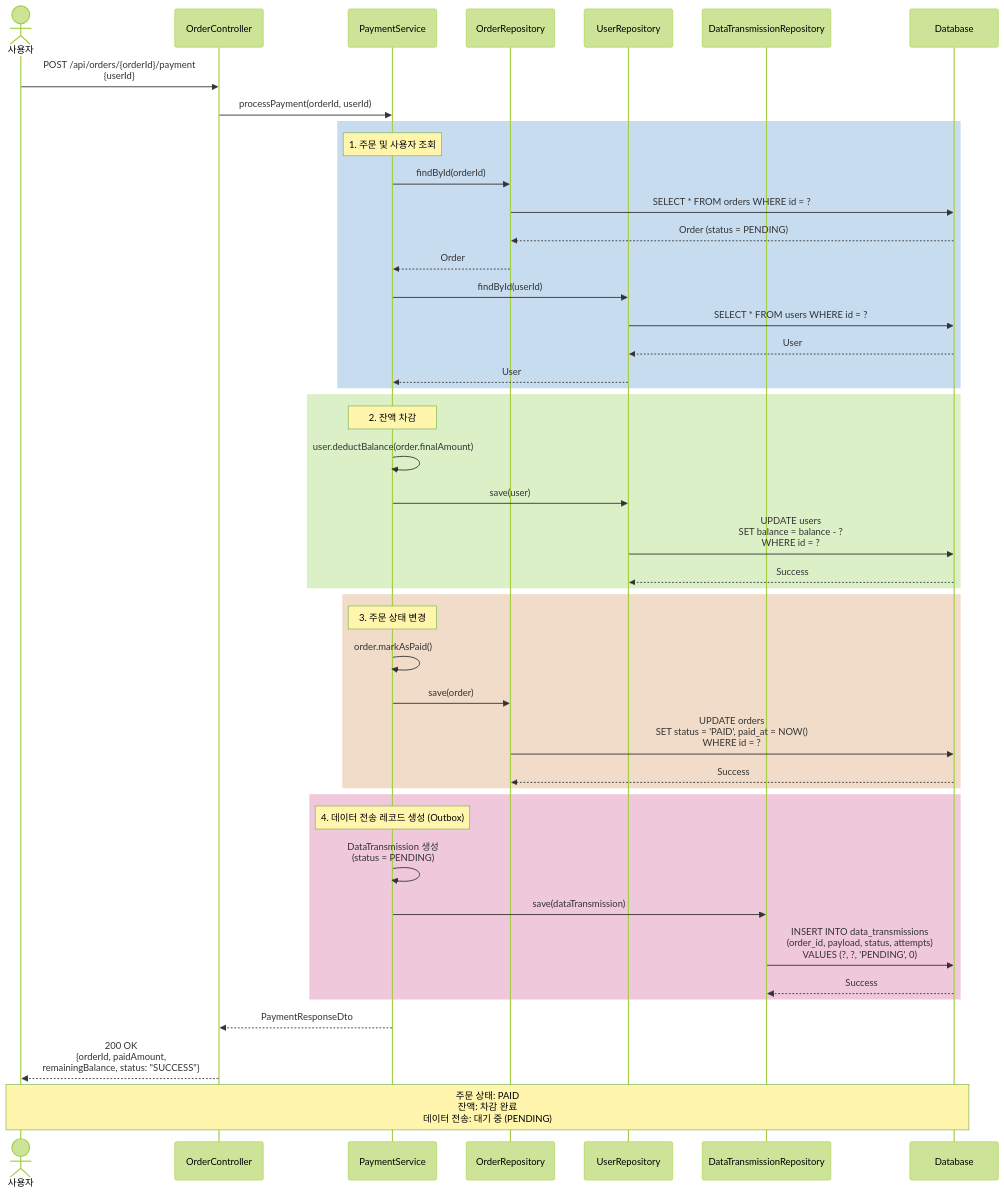
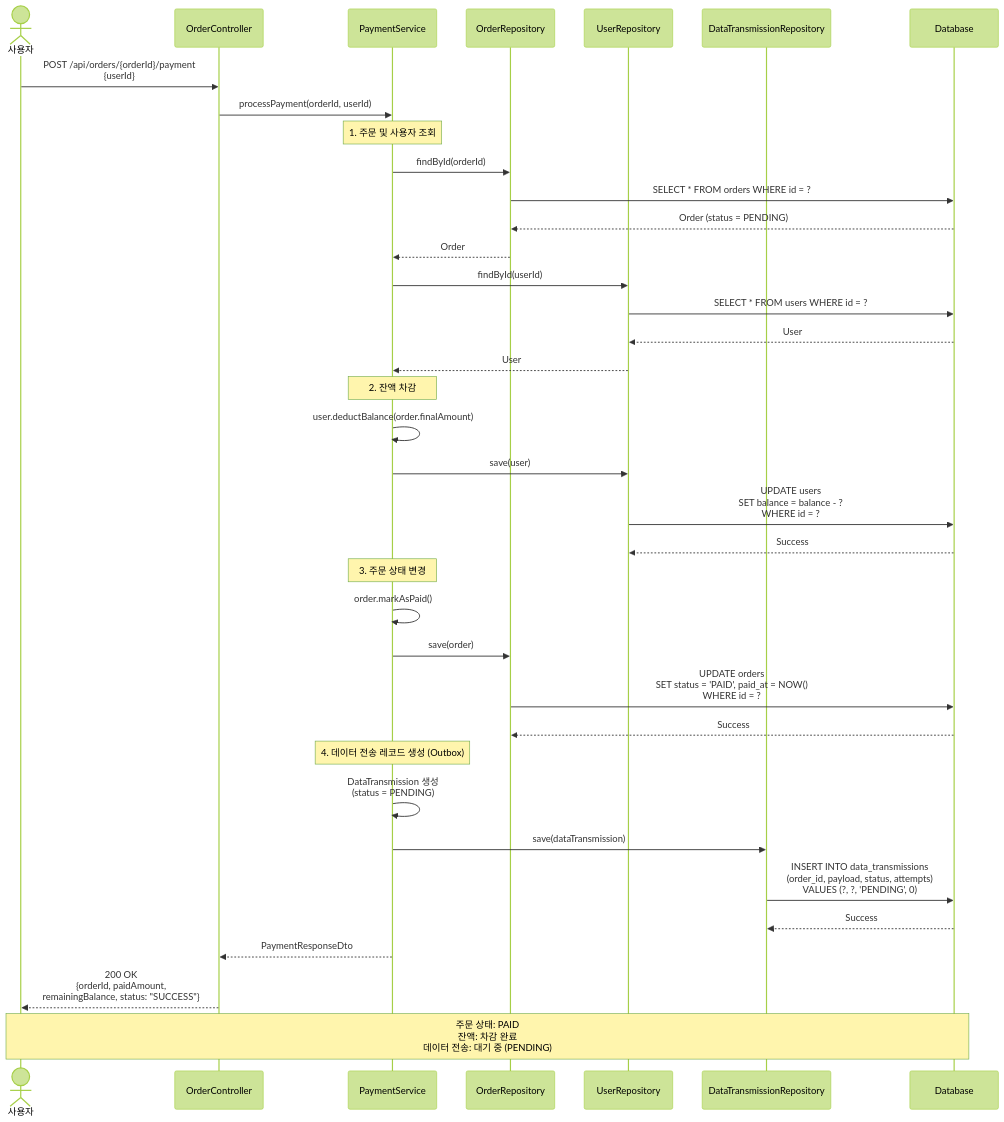
One commit to knowave/hhplus-ecommerce-kotlin changed the tenth of 20 diagrams in docs/sequence-diagrams.md. Above: the diagram before and after it, drawn with Mermaid (forest theme). The commit also changed other lines of this file, not shown here.

Commit message:
FIX: sequence-diagrams.md 수정

````diff
--- a/docs/sequence-diagrams.md
+++ b/docs/sequence-diagrams.md
@@ -279,55 +443,47 @@
 ```mermaid
 sequenceDiagram
     actor User as 사용자
     participant Controller as OrderController
     participant Service as PaymentService
     participant OrderRepo as OrderRepository
     participant UserRepo as UserRepository
     participant TransRepo as DataTransmissionRepository
     participant DB as Database
 
     User->>Controller: POST /api/orders/{orderId}/payment<br/>{userId}
     Controller->>Service: processPayment(orderId, userId)
 
-    rect rgb(200, 220, 240)
     Note over Service: 1. 주문 및 사용자 조회
     Service->>OrderRepo: findById(orderId)
     OrderRepo->>DB: SELECT * FROM orders WHERE id = ?
     DB-->>OrderRepo: Order (status = PENDING)
     OrderRepo-->>Service: Order
 
     Service->>UserRepo: findById(userId)
     UserRepo->>DB: SELECT * FROM users WHERE id = ?
     DB-->>UserRepo: User
     UserRepo-->>Service: User
-    end
 
-    rect rgb(220, 240, 200)
     Note over Service: 2. 잔액 차감
     Service->>Service: user.deductBalance(order.finalAmount)
     Service->>UserRepo: save(user)
     UserRepo->>DB: UPDATE users<br/>SET balance = balance - ?<br/>WHERE id = ?
     DB-->>UserRepo: Success
-    end
 
-    rect rgb(240, 220, 200)
     Note over Service: 3. 주문 상태 변경
     Service->>Service: order.markAsPaid()
     Service->>OrderRepo: save(order)
     OrderRepo->>DB: UPDATE orders<br/>SET status = 'PAID', paid_at = NOW()<br/>WHERE id = ?
     DB-->>OrderRepo: Success
-    end
 
-    rect rgb(240, 200, 220)
     Note over Service: 4. 데이터 전송 레코드 생성 (Outbox)
     Service->>Service: DataTransmission 생성<br/>(status = PENDING)
     Service->>TransRepo: save(dataTransmission)
     TransRepo->>DB: INSERT INTO data_transmissions<br/>(order_id, payload, status, attempts)<br/>VALUES (?, ?, 'PENDING', 0)
     DB-->>TransRepo: Success
-    end
 
     Service-->>Controller: PaymentResponseDto
     Controller-->>User: 200 OK<br/>{orderId, paidAmount,<br/>remainingBalance, status: "SUCCESS"}
 
     Note over User,DB: 주문 상태: PAID<br/>잔액: 차감 완료<br/>데이터 전송: 대기 중 (PENDING)
 ```
````
